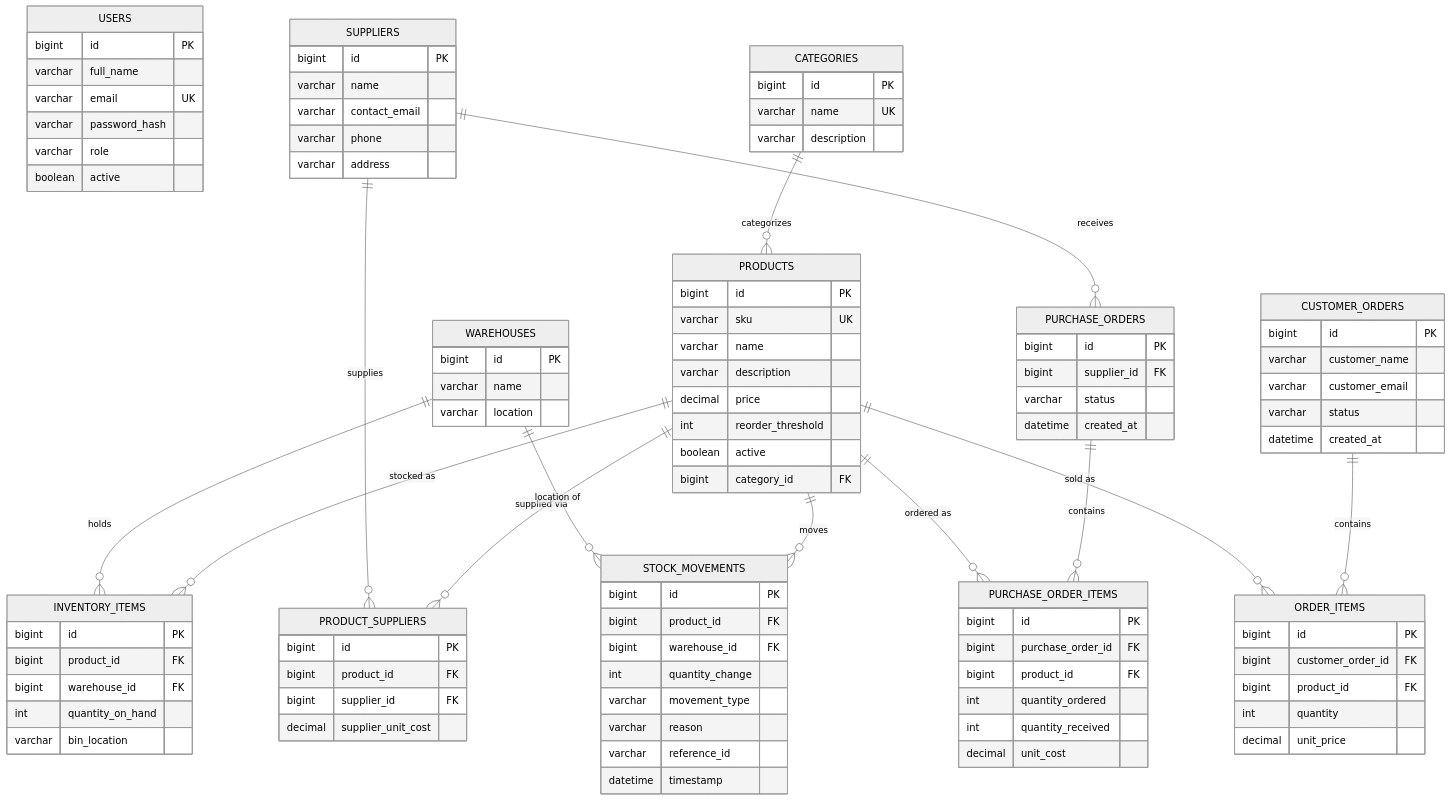
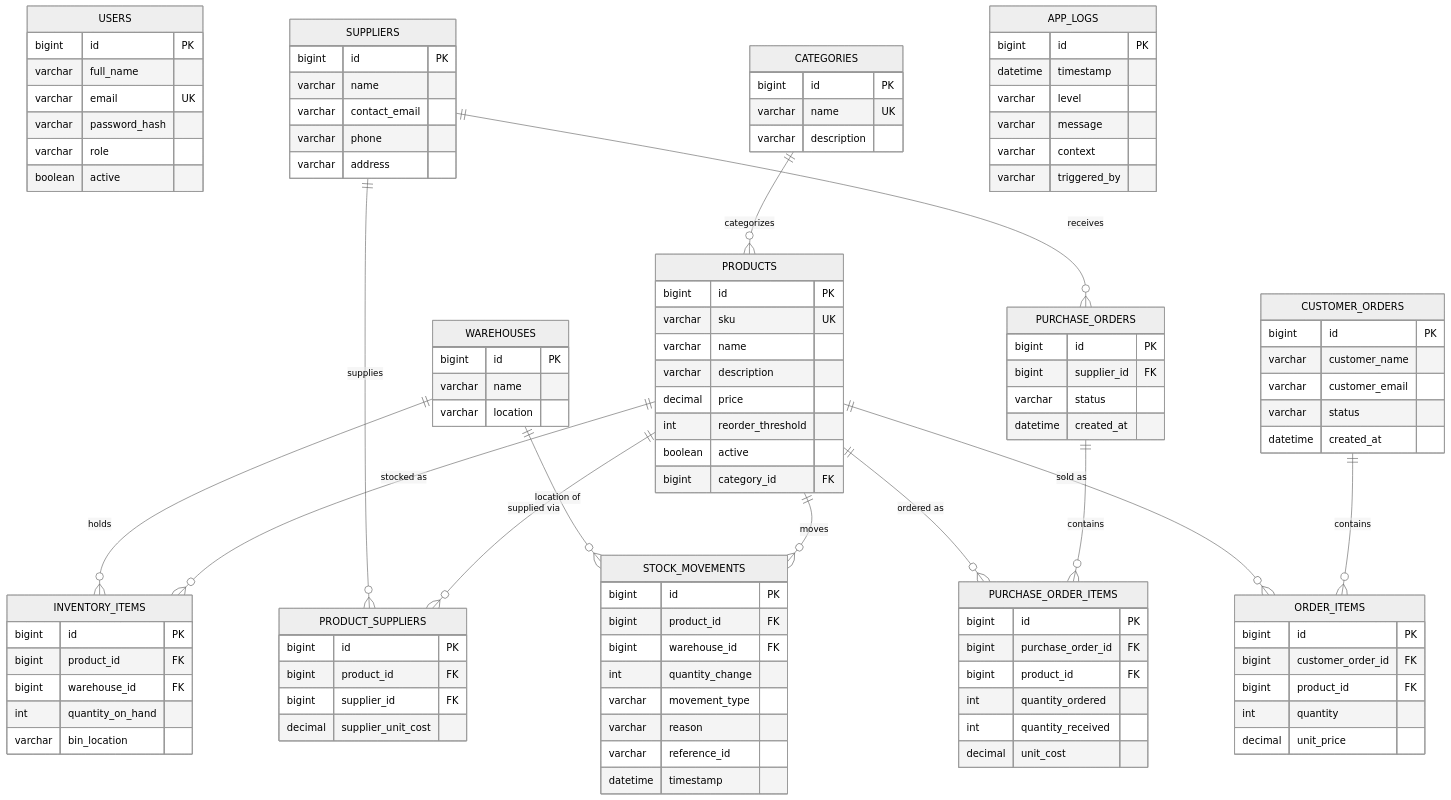
One commit to MartinxAlv/warehouse-system changed the diagram in docs/04-database-diagram.md. Above: the diagram before and after it, drawn with Mermaid (neutral theme). The commit also changed 18 other files, not shown here.

```diff
--- a/docs/04-database-diagram.md
+++ b/docs/04-database-diagram.md
@@ -100,6 +100,15 @@
         decimal unit_price
     }
 
+    APP_LOGS {
+        bigint id PK
+        datetime timestamp
+        varchar level
+        varchar message
+        varchar context
+        varchar triggered_by
+    }
+
     CATEGORIES ||--o{ PRODUCTS : "categorizes"
     PRODUCTS ||--o{ PRODUCT_SUPPLIERS : "supplied via"
     SUPPLIERS ||--o{ PRODUCT_SUPPLIERS : "supplies"
```
